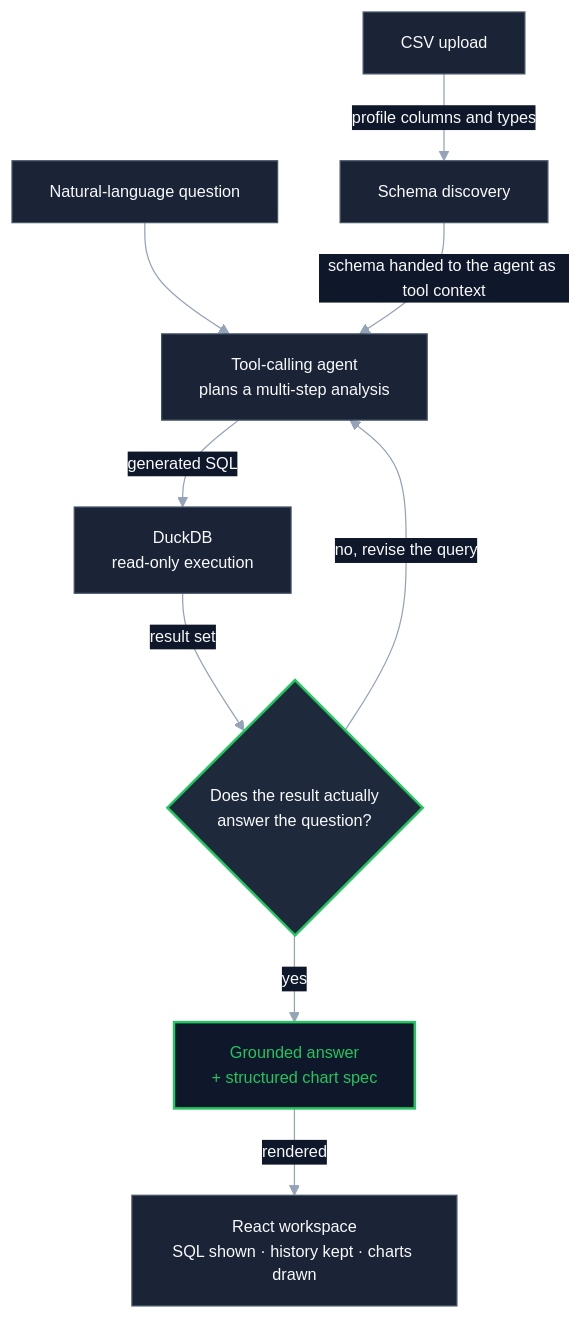
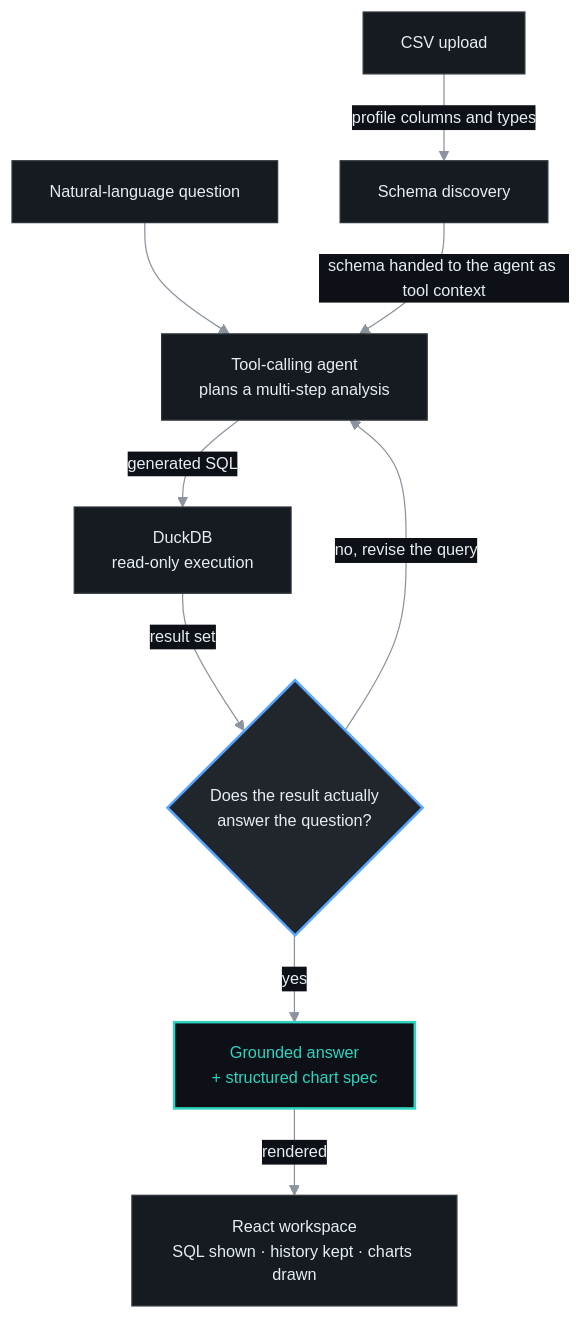
The third of 5 diagrams in README.md (amansinghyadav4/amansinghyadav4), drawn with Mermaid before and after one commit. The commit also changed other lines of this file, not shown here.

````diff
--- a/README.md
+++ b/README.md
@@ -263,14 +232,14 @@
 ```mermaid
-%%{init: {"theme":"base","themeVariables":{"primaryColor":"#1B2336","primaryTextColor":"#F8FAFC","primaryBorderColor":"#475569","secondaryColor":"#1E293B","tertiaryColor":"#0F172A","lineColor":"#94A3B8","textColor":"#F8FAFC","edgeLabelBackground":"#0F172A","fontSize":"13px"}}}%%
+%%{init: {"theme":"base","themeVariables":{"primaryColor":"#161B22","primaryTextColor":"#E6EDF3","primaryBorderColor":"#30363D","secondaryColor":"#21262D","tertiaryColor":"#0D1117","lineColor":"#8B949E","textColor":"#E6EDF3","edgeLabelBackground":"#0D1117","fontSize":"13px"}}}%%
 flowchart TD
     CSV["CSV upload"] -->|"profile columns and types"| SCH["Schema discovery"]
     Q["Natural-language question"] --> AG
     SCH -->|"schema handed to the agent as tool context"| AG["Tool-calling agent<br/>plans a multi-step analysis"]
     AG -->|"generated SQL"| EX["DuckDB<br/>read-only execution"]
     EX -->|"result set"| V{"Does the result actually<br/>answer the question?"}
     V -->|"no, revise the query"| AG
     V -->|"yes"| OUT["Grounded answer<br/>+ structured chart spec"]
     OUT -->|"rendered"| UI["React workspace<br/>SQL shown · history kept · charts drawn"]
-    style V fill:#1E293B,stroke:#22C55E,stroke-width:2px,color:#F8FAFC
-    style OUT fill:#0F172A,stroke:#22C55E,stroke-width:2px,color:#22C55E
+    style V fill:#21262D,stroke:#58A6FF,stroke-width:2px,color:#E6EDF3
+    style OUT fill:#0D1117,stroke:#2DD4BF,stroke-width:2px,color:#2DD4BF
 ```
````
